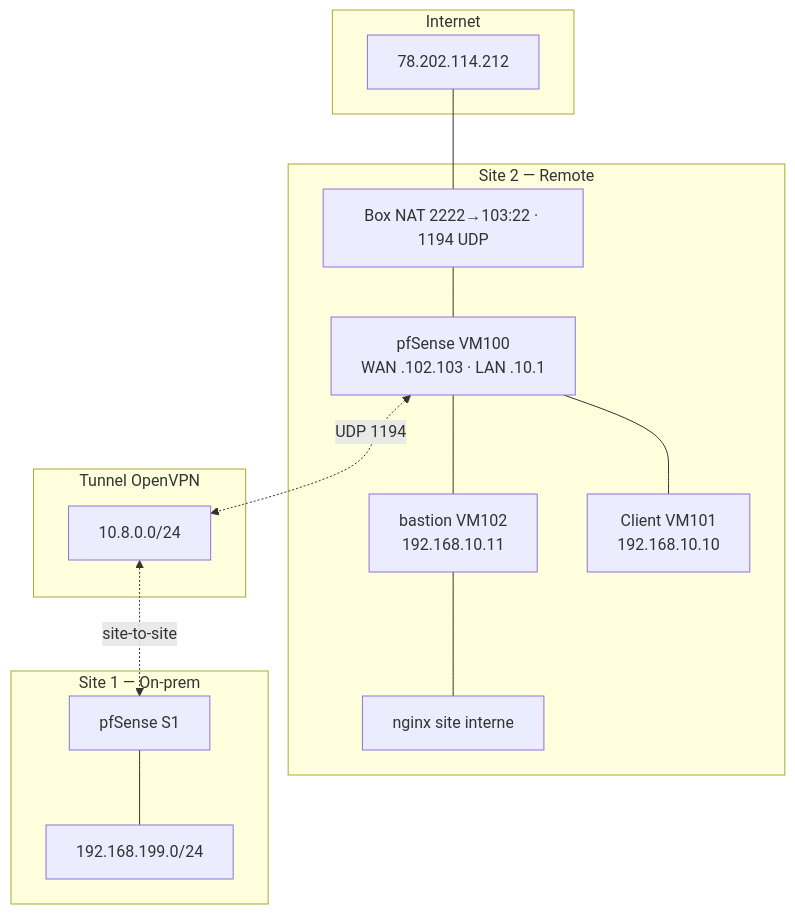
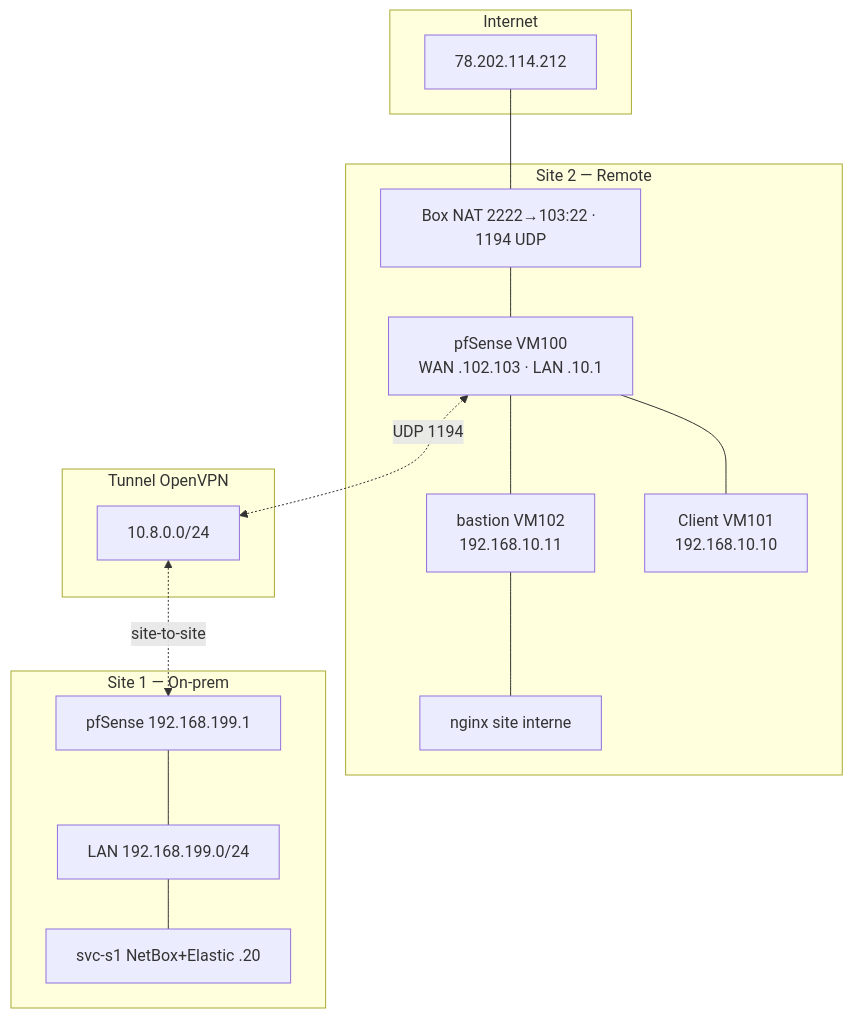
One commit to Meriem1403/T-NSA-810---CIA changed the diagram in docs/architecture.md. Above: the diagram before and after it, drawn with Mermaid. The commit also changed other lines of this file and 33 other files, not shown here.

First line of the commit message:
feat(cia): NetBox, Elastic, Filebeat, diagramme PNG et deploy labo

````diff
--- a/docs/architecture.md
+++ b/docs/architecture.md
@@ -51,32 +63,34 @@
 ```mermaid
 flowchart TB
   subgraph Internet
     PUB[78.202.114.212]
   end
 
   subgraph S2["Site 2 — Remote"]
     BOX[Box NAT 2222→103:22 · 1194 UDP]
     PFS[pfSense VM100<br/>WAN .102.103 · LAN .10.1]
     BAST[bastion VM102<br/>192.168.10.11]
     WIN[Client VM101<br/>192.168.10.10]
     NGX[nginx site interne]
     BAST --- NGX
     PFS --- BAST
     PFS --- WIN
     BOX --- PFS
   end
 
   subgraph VPN["Tunnel OpenVPN"]
     TUN[10.8.0.0/24]
   end
 
   subgraph S1["Site 1 — On-prem"]
-    FW1[pfSense S1]
-    LAN1[192.168.199.0/24]
+    FW1[pfSense 192.168.199.1]
+    SVC[svc-s1 NetBox+Elastic .20]
+    LAN1[LAN 192.168.199.0/24]
     FW1 --- LAN1
+    LAN1 --- SVC
   end
 
   PUB --- BOX
   PFS <-.->|UDP 1194| TUN
   TUN <-.->|site-to-site| FW1
 ```
````
